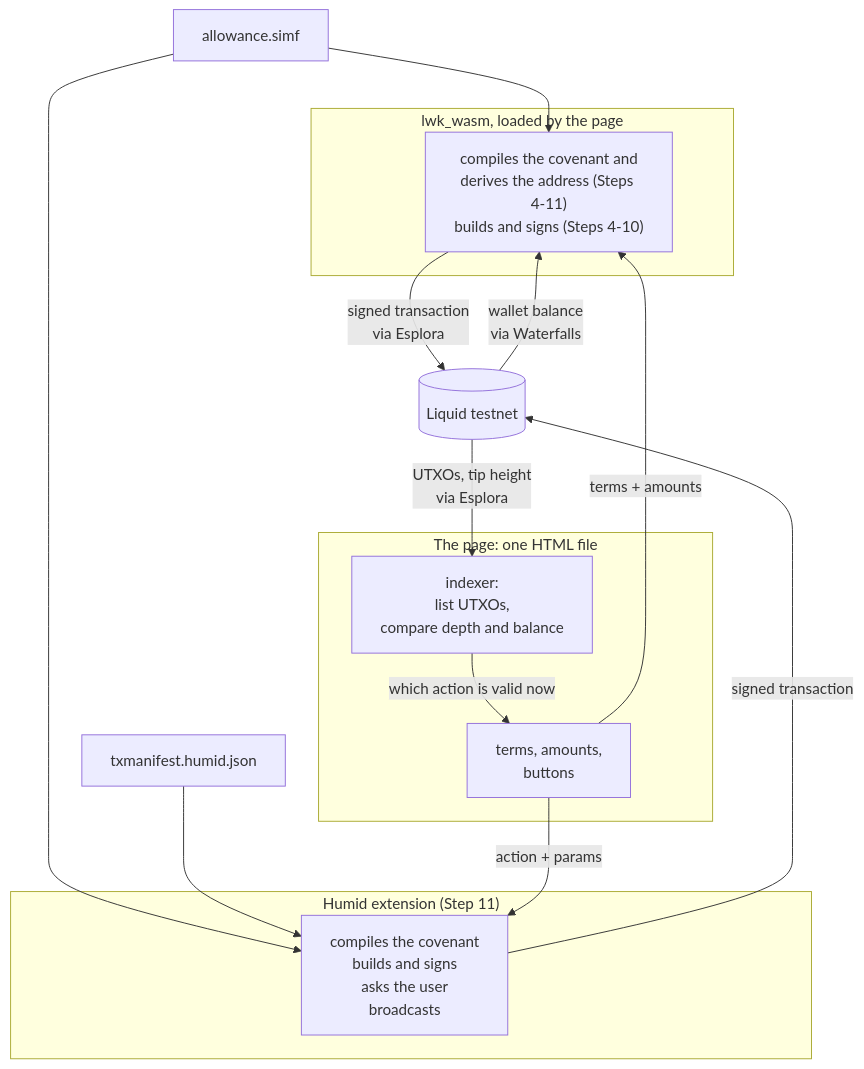
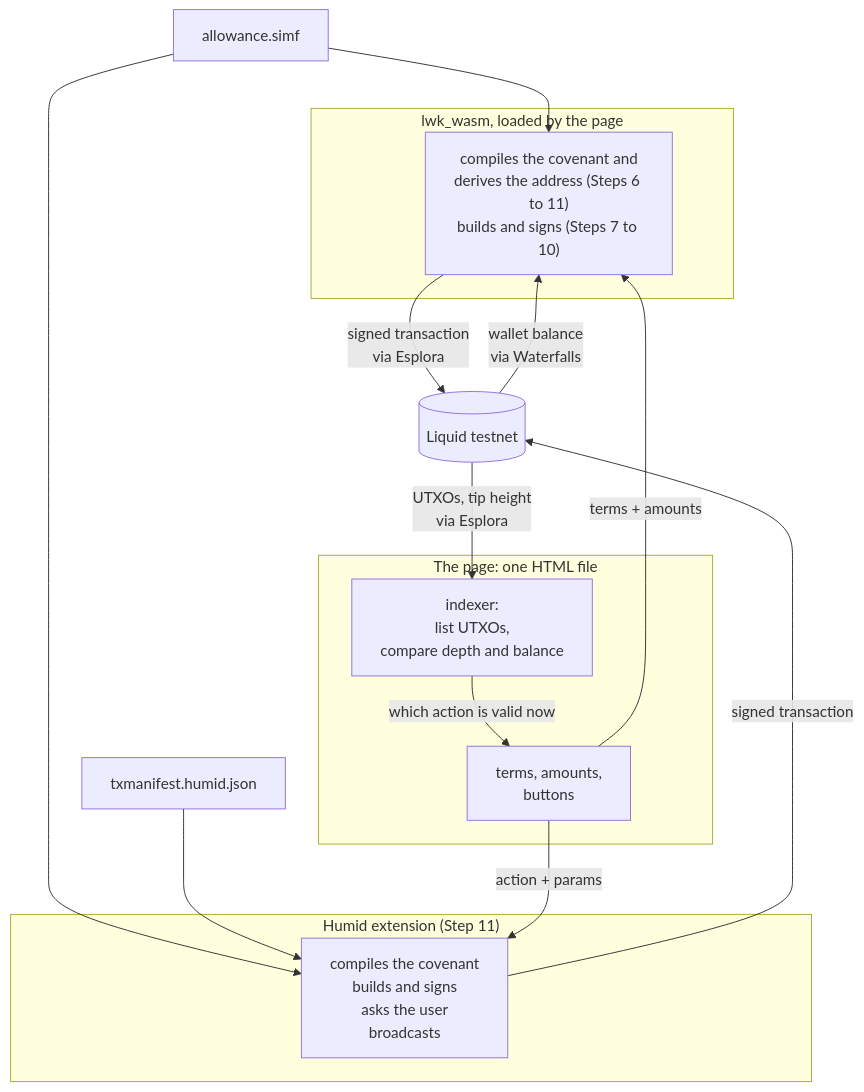
One commit to BlockstreamResearch/simplicity-demo changed the first of 2 diagrams in allowance-web/HOWTO.md. Above: the diagram before and after it, drawn with Mermaid. The commit also changed other lines of this file and 1 other file, not shown here.

````diff
--- a/allowance-web/HOWTO.md
+++ b/allowance-web/HOWTO.md
@@ -23,26 +32,26 @@
 ```mermaid
 flowchart TD
   source["allowance.simf"]
   manifest["txmanifest.humid.json"]
   subgraph page["The page: one HTML file"]
     form["terms, amounts,<br/>buttons"]
     index["indexer:<br/>list UTXOs,<br/>compare depth and balance"]
   end
   subgraph lib["lwk_wasm, loaded by the page"]
-    l["compiles the covenant and<br/>derives the address (Steps 4-11)<br/>builds and signs (Steps 4-10)"]
+    l["compiles the covenant and<br/>derives the address (Steps 6 to 11)<br/>builds and signs (Steps 7 to 10)"]
   end
   subgraph wallet["Humid extension (Step 11)"]
     w["compiles the covenant<br/>builds and signs<br/>asks the user<br/>broadcasts"]
   end
   chain[("Liquid testnet")]
   source --> l
   source --> w
   manifest --> w
   form -->|"terms + amounts"| l
   form -->|"action + params"| w
   l -->|"signed transaction<br/>via Esplora"| chain
   w -->|"signed transaction"| chain
   chain -->|"UTXOs, tip height<br/>via Esplora"| index
   chain -->|"wallet balance<br/>via Waterfalls"| l
   index -->|"which action is valid now"| form
 ```
````
